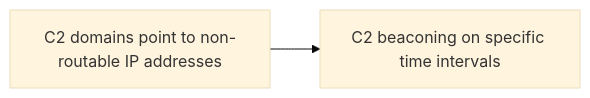
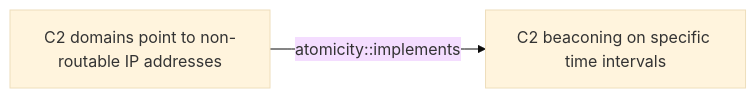
The diagram in docs/threats/c2-domains-point-to-non-routable-ip-addresses.md (opentidehq/library), drawn with Mermaid (base theme) before and after one commit. The commit also changed other lines of this file and 277 other files, not shown here.

````diff
--- a/docs/threats/c2-domains-point-to-non-routable-ip-addresses.md
+++ b/docs/threats/c2-domains-point-to-non-routable-ip-addresses.md
@@ -37,6 +78,6 @@
 ```mermaid
 flowchart LR
 ddab407e_d09d_4804_a4af_c11213553146["C2 domains point to non-routable IP addresses"]
 7b122bb4_fc13_438b_a052_4388c501ec59["C2 beaconing on specific time intervals"]
-ddab407e_d09d_4804_a4af_c11213553146 --> 7b122bb4_fc13_438b_a052_4388c501ec59
+ddab407e_d09d_4804_a4af_c11213553146 -->|atomicity::implements| 7b122bb4_fc13_438b_a052_4388c501ec59
 ```
````
